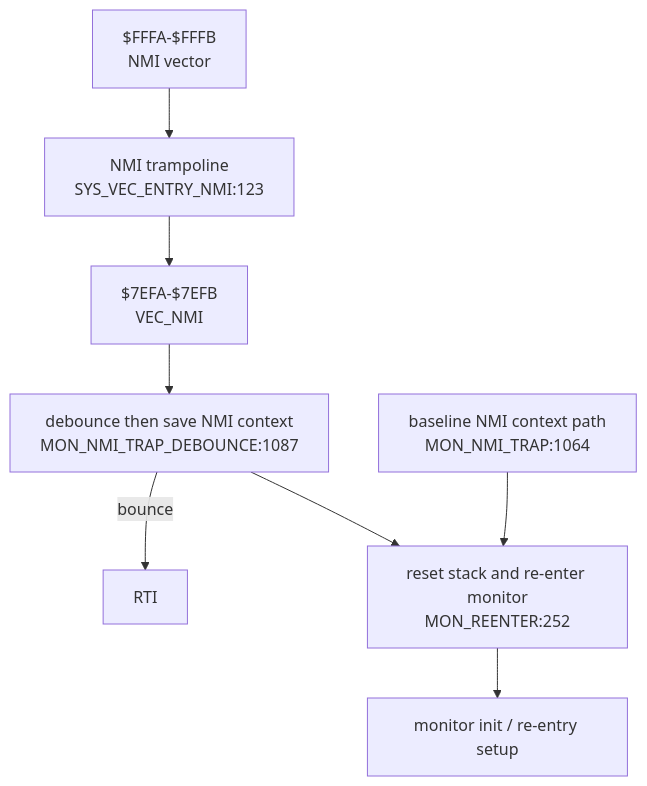
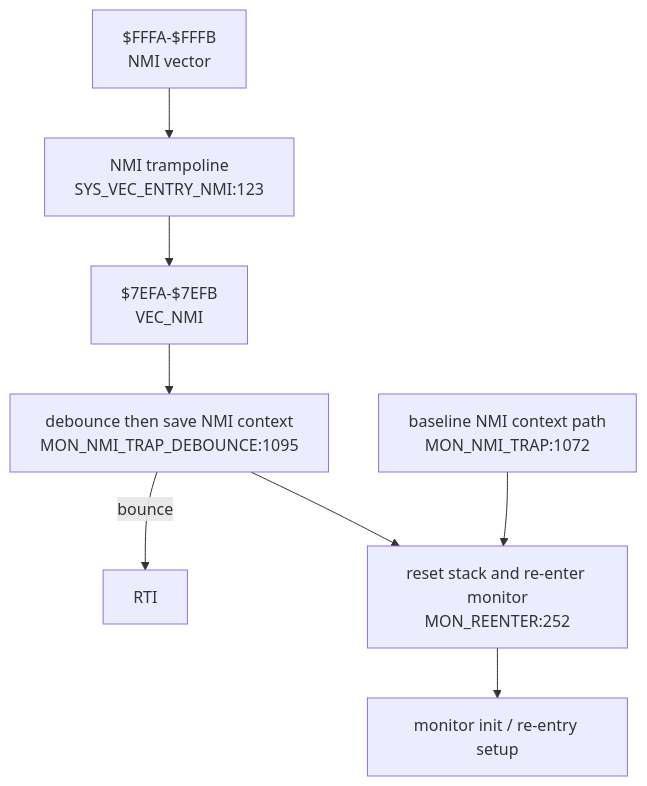
The fourth of 6 diagrams in DOC/GENERATED/INTERRUPT_VECTOR_MAP.md (95westus/R-YORS), drawn with Mermaid before and after one commit. The commit also changed other lines of this file and 94 other files, not shown here.

````diff
--- a/DOC/GENERATED/INTERRUPT_VECTOR_MAP.md
+++ b/DOC/GENERATED/INTERRUPT_VECTOR_MAP.md
@@ -62,10 +62,10 @@
 ```mermaid
 flowchart TD
     NMIV["$FFFA-$FFFB<br/>NMI vector"] --> NMIENTRY["NMI trampoline<br/>SYS_VEC_ENTRY_NMI:123"]
     NMIENTRY --> VECNMI["$7EFA-$7EFB<br/>VEC_NMI"]
-    VECNMI --> NMITRAP["debounce then save NMI context<br/>MON_NMI_TRAP_DEBOUNCE:1087"]
+    VECNMI --> NMITRAP["debounce then save NMI context<br/>MON_NMI_TRAP_DEBOUNCE:1095"]
     NMITRAP -->|bounce| RTINMI["RTI"]
     NMITRAP --> REENTER["reset stack and re-enter monitor<br/>MON_REENTER:252"]
-    NMIBASE["baseline NMI context path<br/>MON_NMI_TRAP:1064"] --> REENTER
+    NMIBASE["baseline NMI context path<br/>MON_NMI_TRAP:1072"] --> REENTER
     REENTER --> INIT["monitor init / re-entry setup"]
 ```
````
